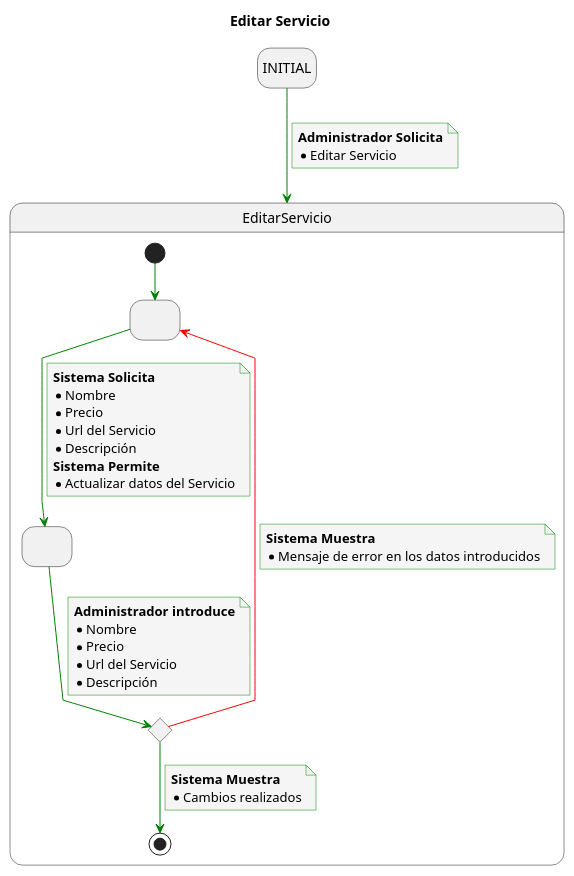
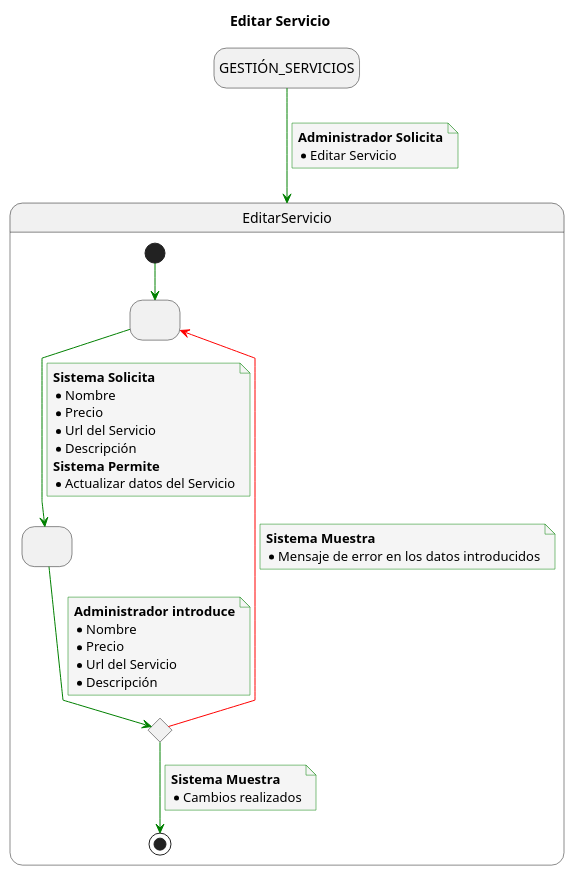
Before and after one commit to mmasias/23-24-IdSw1-SDR: the diagram in Caso_de_Uso/Casos_de_Uso/Usuarios/Administrador/CRUD_Servicio/Editar_Servicio/Caso_de_Uso.puml, drawn with PlantUML. The commit also changed 45 other files, not shown here.

```diff
--- a/Caso_de_Uso/Casos_de_Uso/Usuarios/Administrador/CRUD_Servicio/Editar_Servicio/Caso_de_Uso.puml
+++ b/Caso_de_Uso/Casos_de_Uso/Usuarios/Administrador/CRUD_Servicio/Editar_Servicio/Caso_de_Uso.puml
@@ -1,63 +1,63 @@
 @startuml
 
 title Editar Servicio
 
 skinparam {
     NoteBackgroundColor #whiteSmoke
     ArrowColor #green
     NoteBorderColor #green
     linetype polyline
 }
 
 hide empty description
 
-state startState as "INITIAL"
+state startState as "GESTIÓN_SERVICIOS"
 
 startState --> EditarServicio
 note on link
     <b>Administrador Solicita</b>
     * Editar Servicio
 end note
 
 state EditarServicio {
 state 2 as " "
 state 3 as " "
 state 4 <<choice>>
 
 [*] -down-> 2
 
 2 -down-> 3
 note on link
 <b>Sistema Solicita</b>
 * Nombre
 * Precio
 * Url del Servicio
 * Descripción
 <b>Sistema Permite</b>
 * Actualizar datos del Servicio
 end note
 
 3 -down-> 4
 note on link
 <b>Administrador introduce</b>
 * Nombre
 * Precio
 * Url del Servicio
 * Descripción
 end note
 
 4 -down-> [*]
 note on link
 <b>Sistema Muestra</b>
 * Cambios realizados
 end note
 
 4 -[#red]-> 2
 note on link
 <b>Sistema Muestra</b>
 * Mensaje de error en los datos introducidos
 end note
 
 }
 
 @enduml
```
